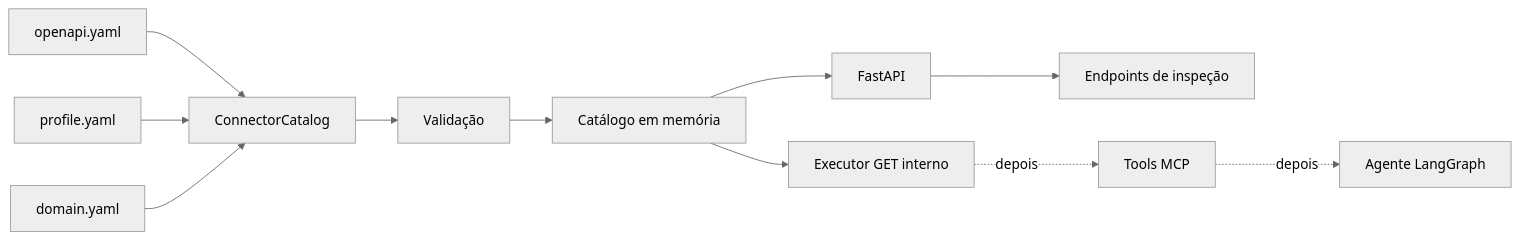
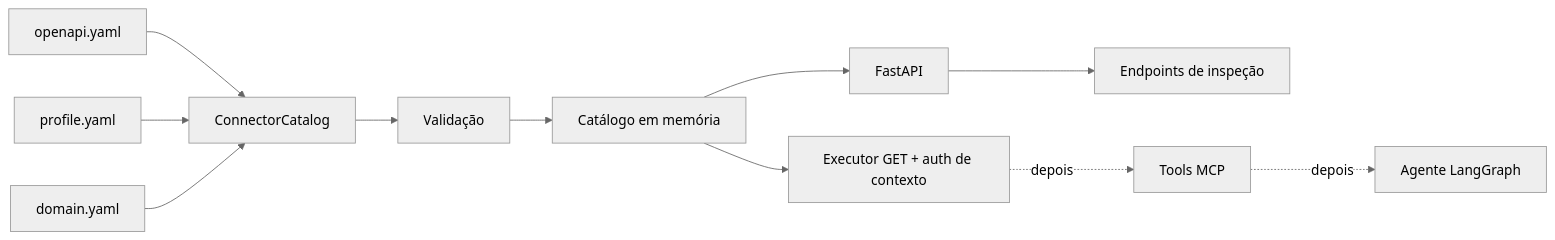
Before and after one commit to ChristianGandra21/indusguard: the first of 3 diagrams in docs/GUIA_COMPLETO.md, drawn with Mermaid (neutral theme). The commit also changed other lines of this file and 12 other files, not shown here.

````diff
--- a/docs/GUIA_COMPLETO.md
+++ b/docs/GUIA_COMPLETO.md
@@ -307,14 +309,14 @@
 ```mermaid
 flowchart LR
     O[openapi.yaml] --> C[ConnectorCatalog]
     P[profile.yaml] --> C
     D[domain.yaml] --> C
     C --> V[Validação]
     V --> M[Catálogo em memória]
     M --> F[FastAPI]
     F --> R[Endpoints de inspeção]
 
-    M --> E[Executor GET interno]
+    M --> E[Executor GET + auth de contexto]
     E -. depois .-> MCP[Tools MCP]
     MCP -. depois .-> A[Agente LangGraph]
 ```
````
